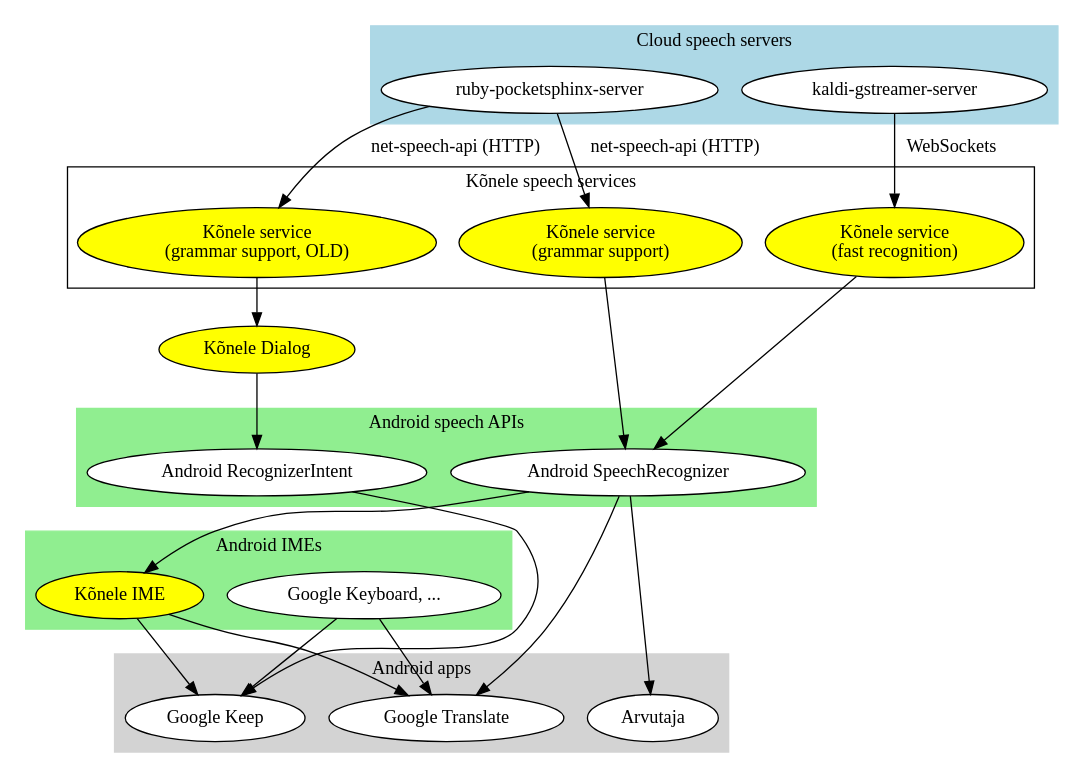
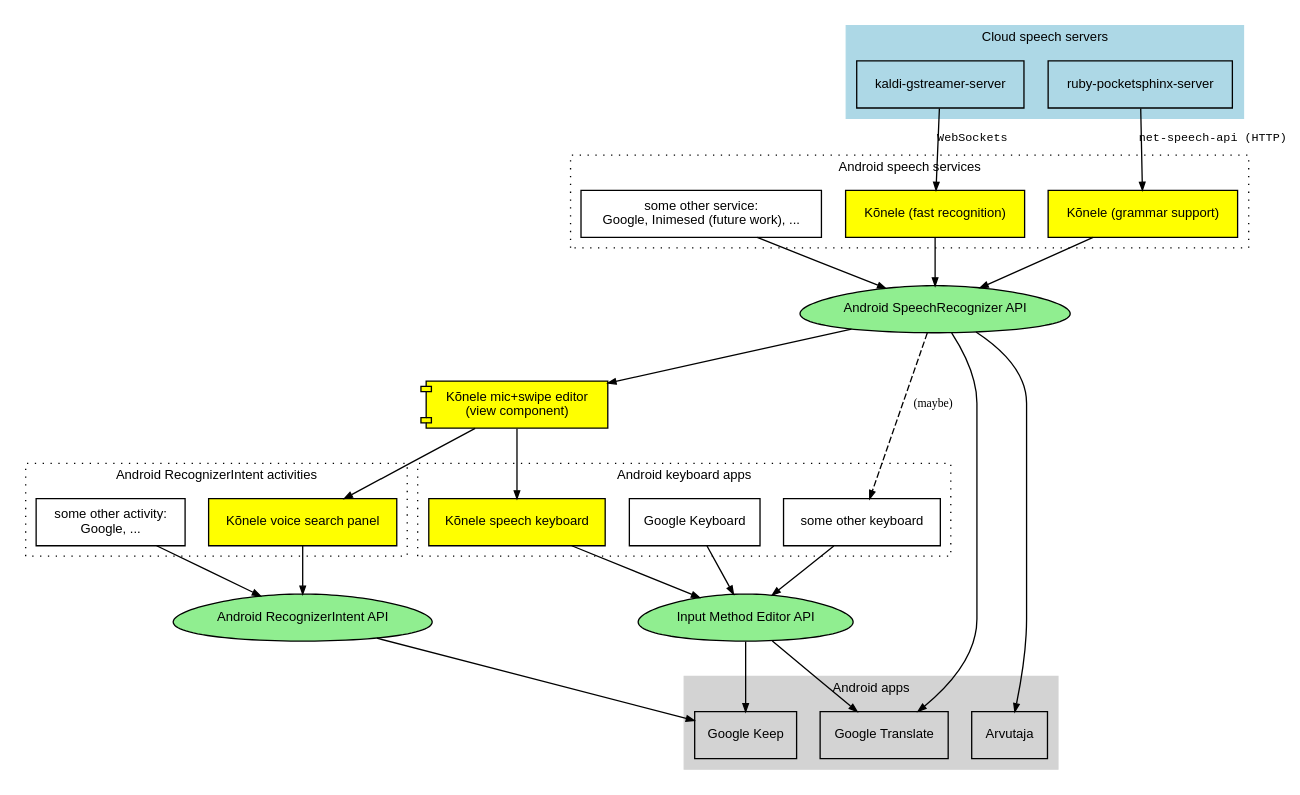
One commit to Kaljurand/K6nele changed the diagram in docs/components.dot. Above: the diagram before and after it, drawn with Graphviz. The commit also changed 8 other files, not shown here.

Commit message:
Update component diagram + small changes to app

```diff
--- a/docs/components.dot
+++ b/docs/components.dot
@@ -1,79 +1,84 @@
 /**
  *
  * @author Kaarel Kaljurand
- * @version 2015-05-05
+ * @version 2015-08-29
  */
 
 digraph G {
 
-	node [fillcolor = "white", style = "rounded,filled"];
+    graph [style="dotted", fontsize=10 fontname="Helvetica"];
+    node [shape="box", fontsize=10 fontname="Helvetica"];
+    edge [arrowhead="normal", arrowsize="0.6"];
 
-    "Kõnele Dialog" [fillcolor = "yellow"];
+    "Kõnele View" [label="Kõnele mic+swipe editor\n(view component)", shape="component", style="filled", fillcolor="yellow"];
 
     subgraph cluster_0 {
         label = "Cloud speech servers";
-        style=filled;
-        "kaldi" [label = "kaldi-gstreamer-server"];
-        "pocketsphinx" [label = "ruby-pocketsphinx-server"];
+        style = "filled";
         color = "lightblue";
+        "kaldi" [label="kaldi-gstreamer-server"];
+        "pocketsphinx" [label="ruby-pocketsphinx-server"];
     }
 
     // Services record audio, send it to the server, and make the transcription
     // available via standard Android APIs.
     // One can configure the server addresses and audio recording parameters
     // (e.g. sample rate, duration, silence detection).
     subgraph cluster_1 {
-        label = "Kõnele speech services";
-        "Kõnele fast" [label = "Kõnele service\n(fast recognition)", fillcolor = "yellow"];
-        "Kõnele grammar" [label = "Kõnele service\n(grammar support)", fillcolor = "yellow"];
-        "Kõnele old" [label = "Kõnele service\n(grammar support, OLD)", fillcolor = "yellow"];
+        label = "Android speech services";
+        "other_service" [label="some other service:\nGoogle, Inimesed (future work), ..."];
+        "Kõnele fast" [label="Kõnele (fast recognition)", style="filled", fillcolor="yellow"];
+        "Kõnele grammar" [label="Kõnele (grammar support)", style="filled", fillcolor="yellow"];
     }
 
+    // Android speech and text input APIs
+    "Android SpeechRecognizer" [label="Android SpeechRecognizer API", shape="egg", style="filled", fillcolor="lightgreen"];
+    "Android RecognizerIntent" [label="Android RecognizerIntent API", shape="egg", style="filled", fillcolor="lightgreen"];
+    "IME" [label="Input Method Editor API", shape="egg", style="filled", fillcolor="lightgreen"];
+
     subgraph cluster_2 {
-        label = "Android speech APIs";
-        style=filled;
-        "Android SpeechRecognizer" ;
-        "Android RecognizerIntent" ;
-        color = "lightgreen";
+        label = "Android RecognizerIntent activities";
+        "other_activity" [label="some other activity:\nGoogle, ..."];
+        "panel" [label="Kõnele voice search panel", style="filled", fillcolor="yellow"];
     }
 
     subgraph cluster_3 {
-        label = "Android IMEs";
-        style=filled;
-        "Kõnele IME" [fillcolor = "yellow"];
-        "Google Keyboard" [label = "Google Keyboard, ..."];
-        color = "lightgreen";
+        label = "Android keyboard apps";
+        "Kõnele IME" [label="Kõnele speech keyboard", style="filled", fillcolor="yellow"];
+        "Google Keyboard" [label="Google Keyboard"];
+        "other_ime" [label="some other keyboard"];
     }
 
     subgraph cluster_4 {
         label = "Android apps";
-        style=filled;
+        style = "filled";
+        color = "lightgrey";
         "Google Keep";
         "Google Translate";
         "Arvutaja";
-        color=lightgrey;
     }
 
-    "kaldi" -> "Kõnele fast" [label = "WebSockets"];
-	"pocketsphinx" -> "Kõnele grammar" [label = "net-speech-api (HTTP)"];
-	"pocketsphinx" -> "Kõnele old" [label = "net-speech-api (HTTP)"];
+    "kaldi" -> "Kõnele fast" [label="WebSockets", fontsize=9, fontname="monospace"];
+    "pocketsphinx" -> "Kõnele grammar" [label="net-speech-api (HTTP)", fontsize=9, fontname="monospace"];
 
-    // Both services implement Android SpeechRecognizer
+    // Services that implement Android SpeechRecognizer
     "Kõnele fast" -> "Android SpeechRecognizer" ;
     "Kõnele grammar" -> "Android SpeechRecognizer" ;
+    "other_service" -> "Android SpeechRecognizer" ;
 
-    //"Google Search" -> "Android RecognizerIntent" ;
-    //"Google Search" -> "Android SpeechRecognizer" ;
+    "panel" -> "Android RecognizerIntent" ;
+    "other_activity" -> "Android RecognizerIntent" ;
 
-    "Kõnele old" -> "Kõnele Dialog" ;
-    "Kõnele Dialog" -> "Android RecognizerIntent" ;
-
-    "Android SpeechRecognizer" -> "Kõnele IME" ;
+    "Android SpeechRecognizer" -> "Kõnele View" ;
+    "Kõnele View" -> "Kõnele IME" ;
+    "Kõnele View" -> "panel" ;
     "Android SpeechRecognizer" -> "Arvutaja" ;
+    "Android SpeechRecognizer" -> "other_ime" [label="(maybe)", style="dashed", fontsize=9, fontname="Verdana"];
     "Android RecognizerIntent" -> "Google Keep" ;
-    "Google Keyboard" -> "Google Keep";
-    "Kõnele IME" -> "Google Keep";
     "Android SpeechRecognizer" -> "Google Translate" ;
-    "Google Keyboard" -> "Google Translate";
-    "Kõnele IME" -> "Google Translate";
+    "Google Keyboard" -> "IME";
+    "Kõnele IME" -> "IME";
+    "other_ime" -> "IME";
+    "IME" ->"Google Keep";
+    "IME" -> "Google Translate";
 }
```
